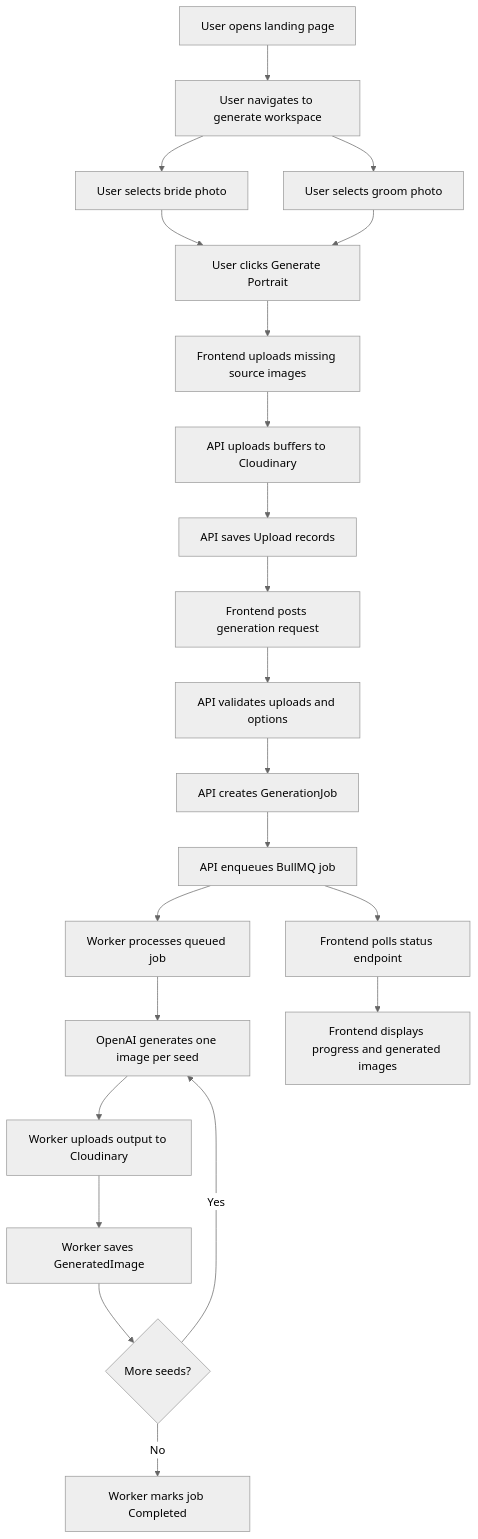
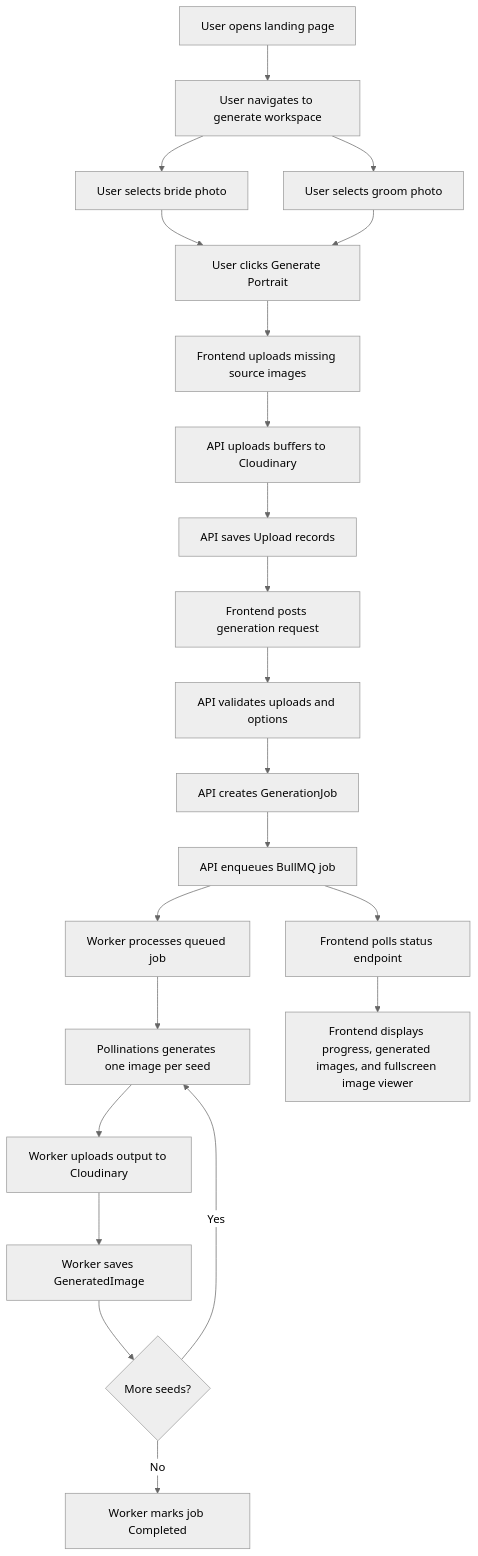
The first of 6 diagrams in docs/appflow.md (Rahul-Shetty-10/photo_album), drawn with Mermaid (neutral theme) before and after one commit. The commit also changed other lines of this file and 20 other files, not shown here.

````diff
--- a/docs/appflow.md
+++ b/docs/appflow.md
@@ -7,24 +7,24 @@
 ```mermaid
 flowchart TD
     A[User opens landing page] --> B[User navigates to generate workspace]
     B --> C[User selects bride photo]
     B --> D[User selects groom photo]
     C --> E[User clicks Generate Portrait]
     D --> E
     E --> F[Frontend uploads missing source images]
     F --> G[API uploads buffers to Cloudinary]
     G --> H[API saves Upload records]
     H --> I[Frontend posts generation request]
     I --> J[API validates uploads and options]
     J --> K[API creates GenerationJob]
     K --> L[API enqueues BullMQ job]
     L --> M[Frontend polls status endpoint]
     L --> N[Worker processes queued job]
-    N --> O[OpenAI generates one image per seed]
+    N --> O[Pollinations generates one image per seed]
     O --> P[Worker uploads output to Cloudinary]
     P --> Q[Worker saves GeneratedImage]
     Q --> R{More seeds?}
     R -->|Yes| O
     R -->|No| S[Worker marks job Completed]
-    M --> T[Frontend displays progress and generated images]
+    M --> T[Frontend displays progress, generated images, and fullscreen image viewer]
 ```
````
